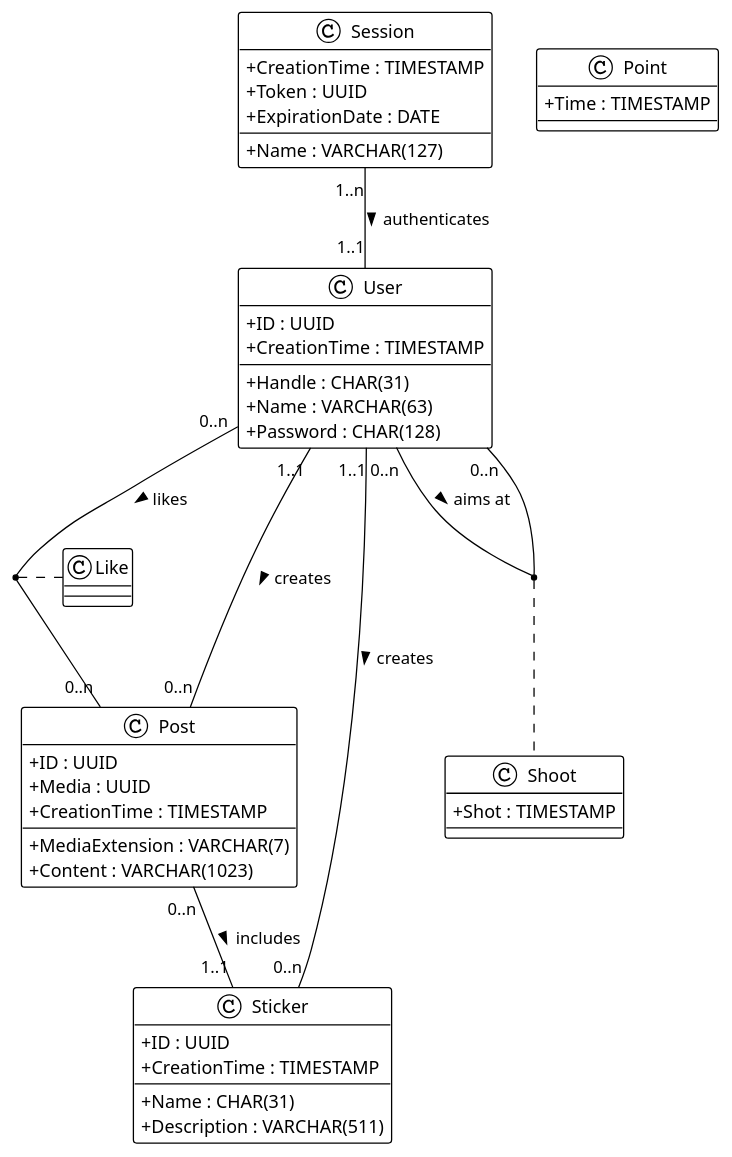
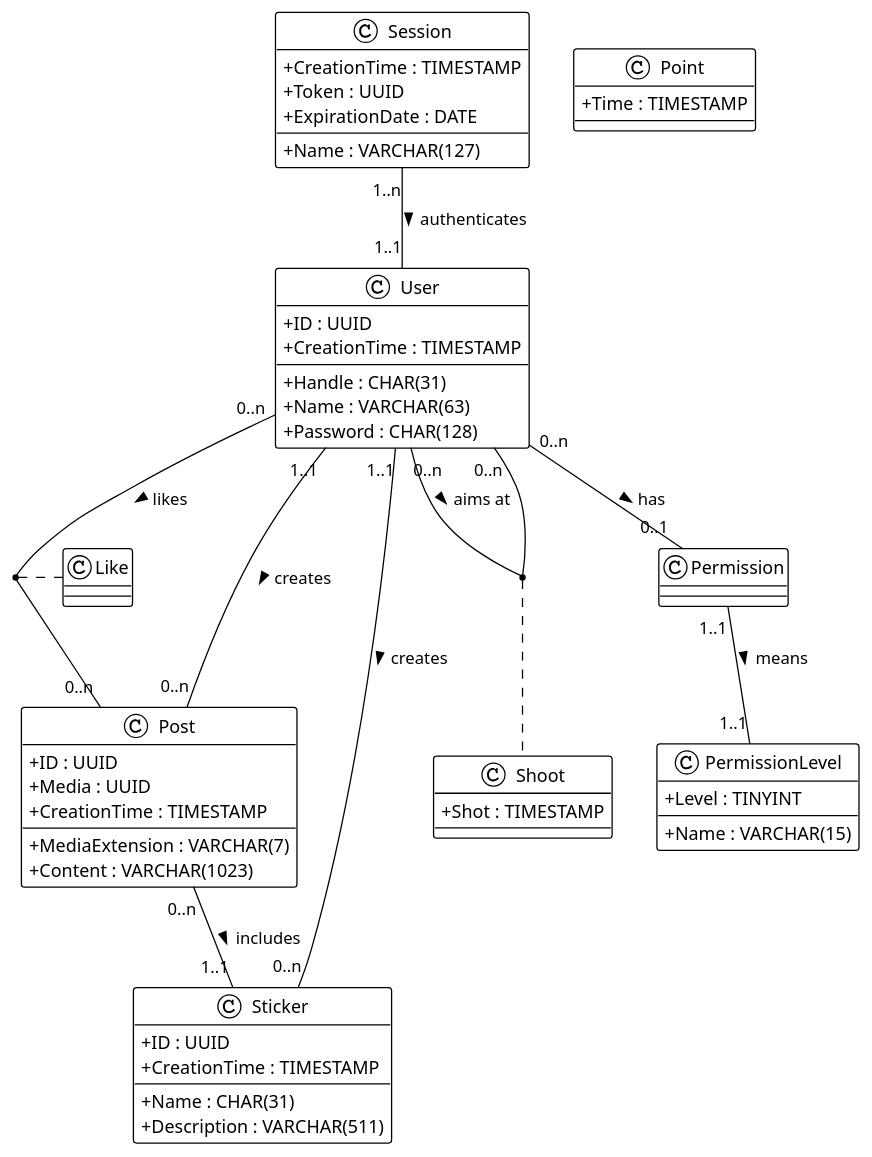
One commit to luca-baeck/Soziales-Netzwerk changed the diagram in doc/hiddlestick.puml. Above: the diagram before and after it, drawn with PlantUML. The commit also changed 3 other files, not shown here.

```diff
--- a/doc/hiddlestick.puml
+++ b/doc/hiddlestick.puml
@@ -1,71 +1,87 @@
 @startuml hiddlestick
 
 !theme plain
 skinparam ClassAttributeIconSize 0
 
 class User{
     + ID : UUID
     + Handle : CHAR(31)
     + Name : VARCHAR(63)
     + Password : CHAR(128)
     + CreationTime : TIMESTAMP
 }
 
 class Post{
     + ID : UUID
     /'
     /+ CreatorID : UUID
     /+ StickerID : UUID
     '/
     + Media : UUID
     + MediaExtension : VARCHAR(7)
     + Content : VARCHAR(1023)
     + CreationTime : TIMESTAMP
 }
 
 class Sticker{
     + ID : UUID
     + Name : CHAR(31)
     /'
     /+ CreatorID : UUID
     '/
     + Description : VARCHAR(511)
     + CreationTime : TIMESTAMP
 }
 
 User "0..n" -- "0..n" User : aims at >
 (User, User) . Shoot
 User "1..1" -- "0..n" Post : creates >
 User "1..1" -- "0..n" Sticker : creates >
 Post "0..n" -- "1..1" Sticker : includes >
 User "0..n" -- "0..n" Post : likes >
 Session "1..n" -- "1..1" User : authenticates >
+User "0..n" -- "0..1" Permission : has >
+Permission "1..1" -- "1..1" PermissionLevel : means >
 (User, Post) . Like
 
 class Shoot{
     /'
     /+ Target : UUID
     /+ Archer : UUID
     '/
     + Shot : TIMESTAMP
 }
 
 class Point{
     /'
     /+ PostID : UUID
     /+ UserID : UUID
     '/
     + Time : TIMESTAMP
 }
 
 class Session{
     /'
     /+ UserID : UUID
     '/
     + CreationTime : TIMESTAMP
     + Name : VARCHAR(127)
     + Token : UUID
     + ExpirationDate : DATE
 }
 
+class Permission{
+    /'
+    /+ UserID : UUID
+    '/
+    /'
+    /+ Level : TINYINT
+    '/
+}
+
+class PermissionLevel{
+    + Level : TINYINT
+    + Name : VARCHAR(15)
+}
+
 @enduml
```
